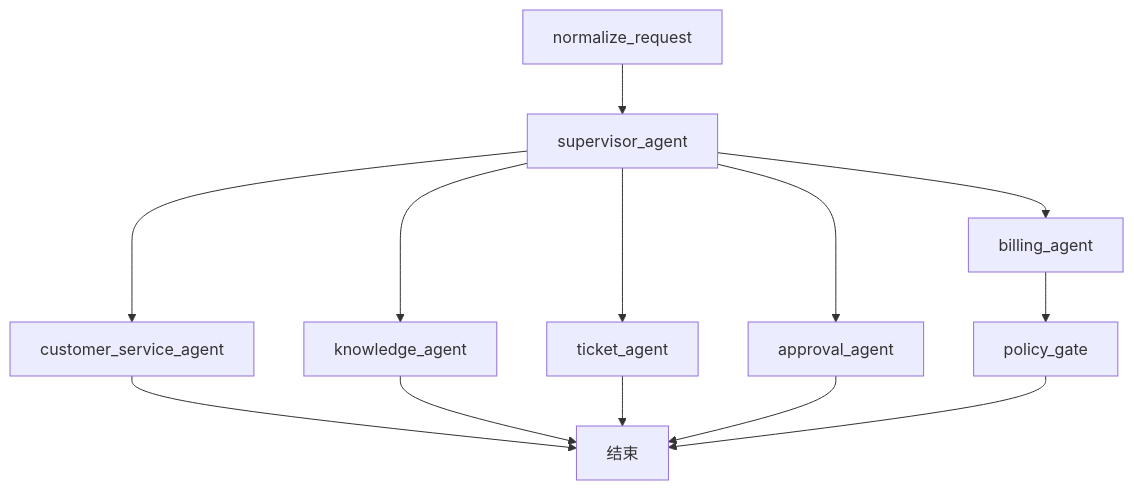
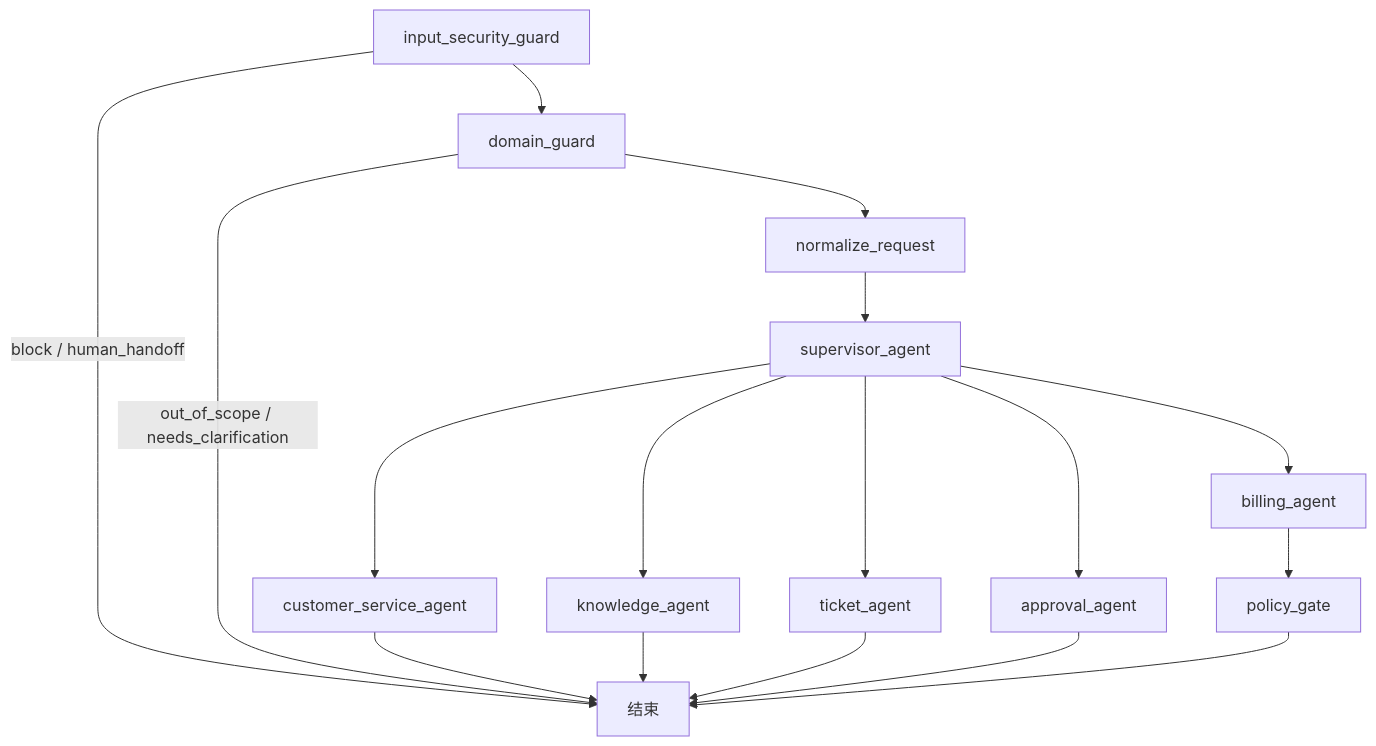
Before and after one commit to duchangyi666/ecop-agent-platform: the diagram in docs/architecture/多智能体LangGraph工作流.md, drawn with Mermaid. The commit also changed other lines of this file and 5 other files, not shown here.

````diff
--- a/docs/architecture/多智能体LangGraph工作流.md
+++ b/docs/architecture/多智能体LangGraph工作流.md
@@ -9,15 +9,19 @@
 ```mermaid
 flowchart TD
-    A[normalize_request] --> B[supervisor_agent]
+    S[input_security_guard] --> DG[domain_guard]
+    DG --> A[normalize_request]
+    S -->|block / human_handoff| Z[结束]
+    DG -->|out_of_scope / needs_clarification| Z
+    A --> B[supervisor_agent]
     B --> C[customer_service_agent]
     B --> D[knowledge_agent]
     B --> E[billing_agent]
     B --> F[ticket_agent]
     B --> G[approval_agent]
     E --> H[policy_gate]
     C --> Z[结束]
     D --> Z
     F --> Z
     G --> Z
     H --> Z
 ```
````
